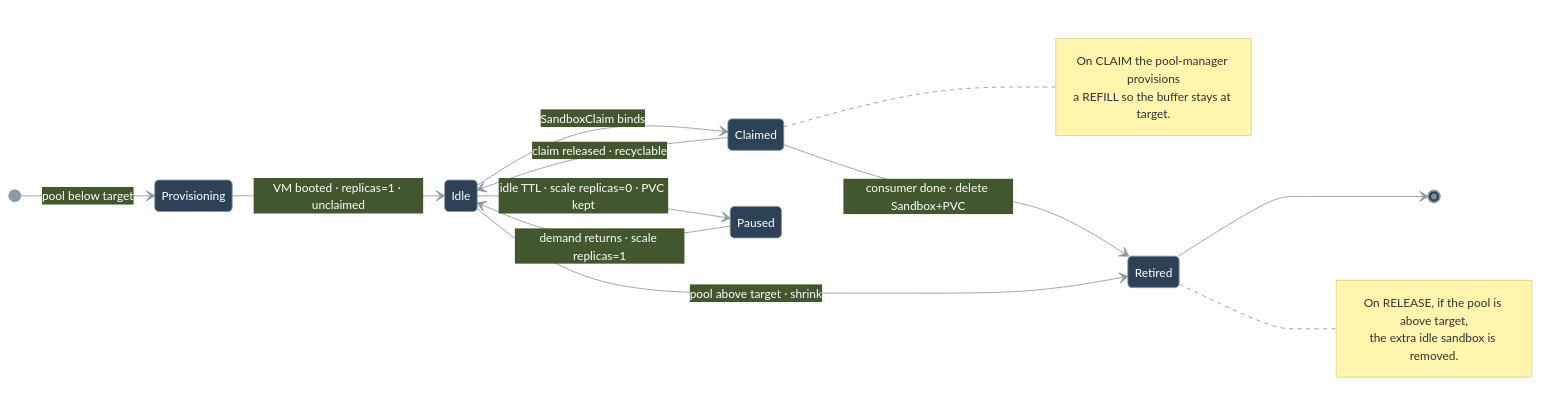
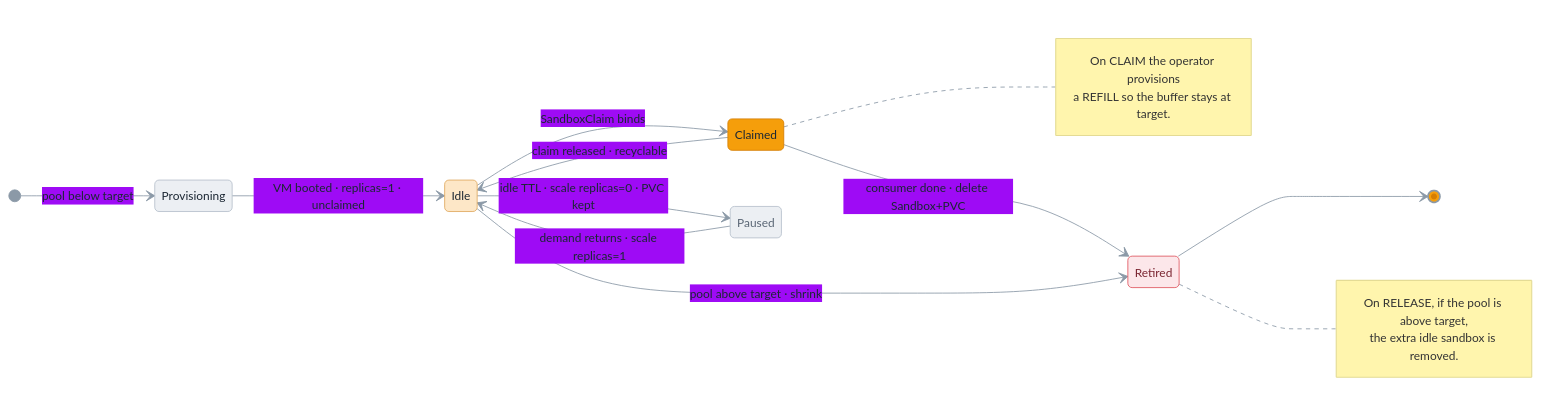
One commit to aws-samples/sample-open-agentic-platform changed the second of 2 diagrams in docs/dark-factory/diagrams/flow-a-sandbox-capability.md. Above: the diagram before and after it, drawn with Mermaid. The commit also changed other lines of this file, not shown here.

First line of the commit message:
docs(dark-factory): Flow A diagram — relocate sandbox capability to hub

````diff
--- a/docs/dark-factory/diagrams/flow-a-sandbox-capability.md
+++ b/docs/dark-factory/diagrams/flow-a-sandbox-capability.md
@@ -87,26 +98,37 @@
 ```mermaid
 %%{init: {'theme':'base','themeVariables':{
   'fontFamily':'Amazon Ember, Helvetica, Arial, sans-serif','fontSize':'14px',
-  'primaryColor':'#2E4257','primaryBorderColor':'#7C8FA3','primaryTextColor':'#FFFFFF',
-  'lineColor':'#8B99A7','labelColor':'#E8EDF2'}}}%%
+  'primaryColor':'#F59E0B','primaryBorderColor':'#D67E00','primaryTextColor':'#1B2733',
+  'lineColor':'#8B99A7','labelColor':'#1B2733'}}}%%
 stateDiagram-v2
     direction LR
     [*] --> Provisioning : pool below target
     Provisioning --> Idle : VM booted · replicas=1 · unclaimed
     Idle --> Claimed : SandboxClaim binds
     Claimed --> Idle : claim released · recyclable
     Idle --> Paused : idle TTL · scale replicas=0 · PVC kept
     Paused --> Idle : demand returns · scale replicas=1
     Claimed --> Retired : consumer done · delete Sandbox+PVC
     Idle --> Retired : pool above target · shrink
     Retired --> [*]
 
+    classDef prov   fill:#ECEFF3,stroke:#B6C0CC,color:#1B2733;
+    classDef idle   fill:#FDE7C7,stroke:#E0A960,color:#1B2733;
+    classDef active fill:#F59E0B,stroke:#D67E00,color:#1B2733;
+    classDef paused fill:#ECEFF3,stroke:#B6C0CC,color:#5A6675;
+    classDef gone   fill:#FCE7EA,stroke:#E0555F,color:#7A2531;
+    class Provisioning prov
+    class Idle idle
+    class Claimed active
+    class Paused paused
+    class Retired gone
+
     note right of Claimed
-        On CLAIM the pool-manager provisions
+        On CLAIM the operator provisions
         a REFILL so the buffer stays at target.
     end note
     note right of Retired
         On RELEASE, if the pool is above target,
         the extra idle sandbox is removed.
     end note
 ```
````
